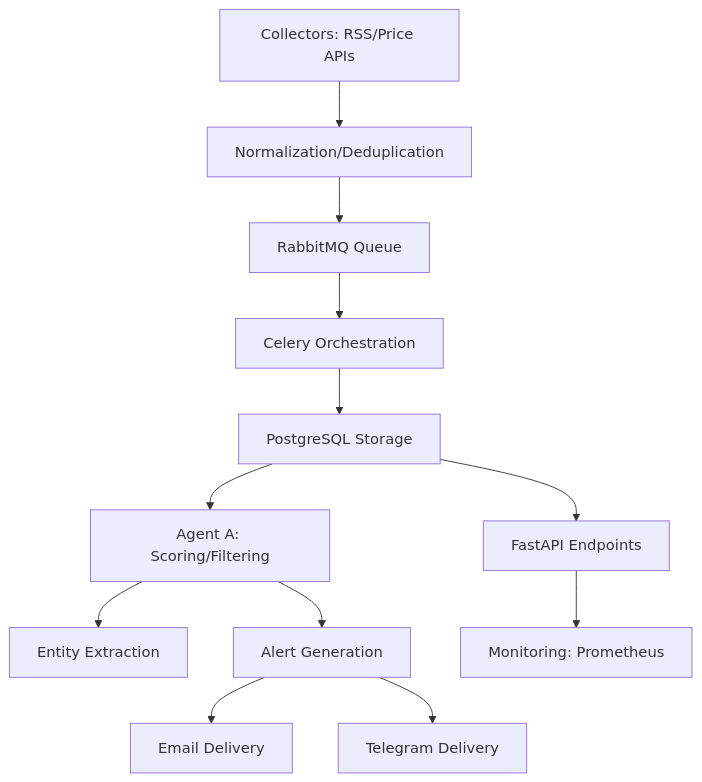
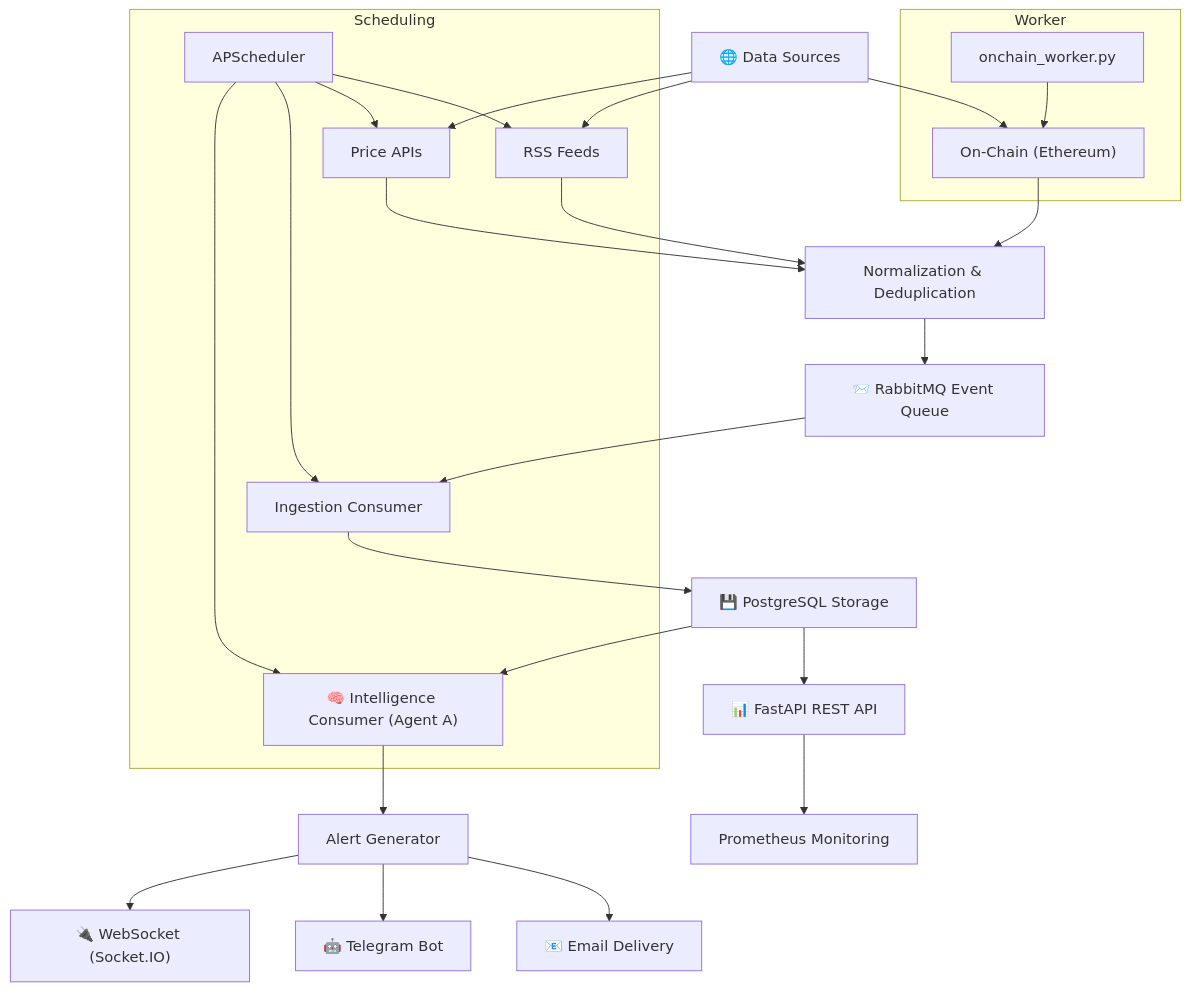
One commit to MohidNaghman1/AETERNA-Autonomous-Alpha-Engine changed the diagram in README.md. Above: the diagram before and after it, drawn with Mermaid. The commit also changed other lines of this file, not shown here.

Commit message:
docs: overhaul README with a comprehensive overview, detailed features, architectural breakdown, and improved formatting including badges and tables.

````diff
--- a/README.md
+++ b/README.md
@@ -156,14 +82,34 @@
 ```mermaid
 flowchart TD
-    A[Collectors: RSS/Price APIs] --> B[Normalization/Deduplication]
-    B --> C[RabbitMQ Queue]
-    C --> D[Celery Orchestration]
-    D --> E[PostgreSQL Storage]
-    E --> F[Agent A: Scoring/Filtering]
-    F --> G[Entity Extraction]
-    F --> H[Alert Generation]
-    H --> I[Email Delivery]
-    H --> J[Telegram Delivery]
-    E --> K[FastAPI Endpoints]
-    K --> L[Monitoring: Prometheus]
+    A["🌐 Data Sources"] --> A1["RSS Feeds"]
+    A --> A2["Price APIs"]
+    A --> A3["On-Chain (Ethereum)"]
+
+    A1 --> B["Normalization & Deduplication"]
+    A2 --> B
+    A3 --> B
+
+    B --> C["📨 RabbitMQ Event Queue"]
+    C --> D["Ingestion Consumer"]
+    D --> E["💾 PostgreSQL Storage"]
+    E --> F["🧠 Intelligence Consumer (Agent A)"]
+    F --> G["Alert Generator"]
+
+    G --> H["📧 Email Delivery"]
+    G --> I["🤖 Telegram Bot"]
+    G --> J["🔌 WebSocket (Socket.IO)"]
+
+    E --> K["📊 FastAPI REST API"]
+    K --> L["Prometheus Monitoring"]
+
+    subgraph Scheduling
+        S["APScheduler"] --> A1
+        S --> A2
+        S --> D
+        S --> F
+    end
+
+    subgraph Worker
+        W["onchain_worker.py"] --> A3
+    end
 ```
````
